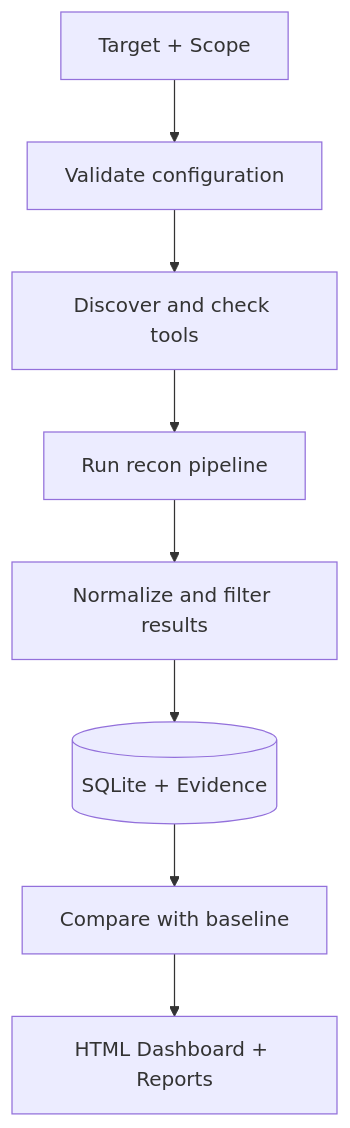
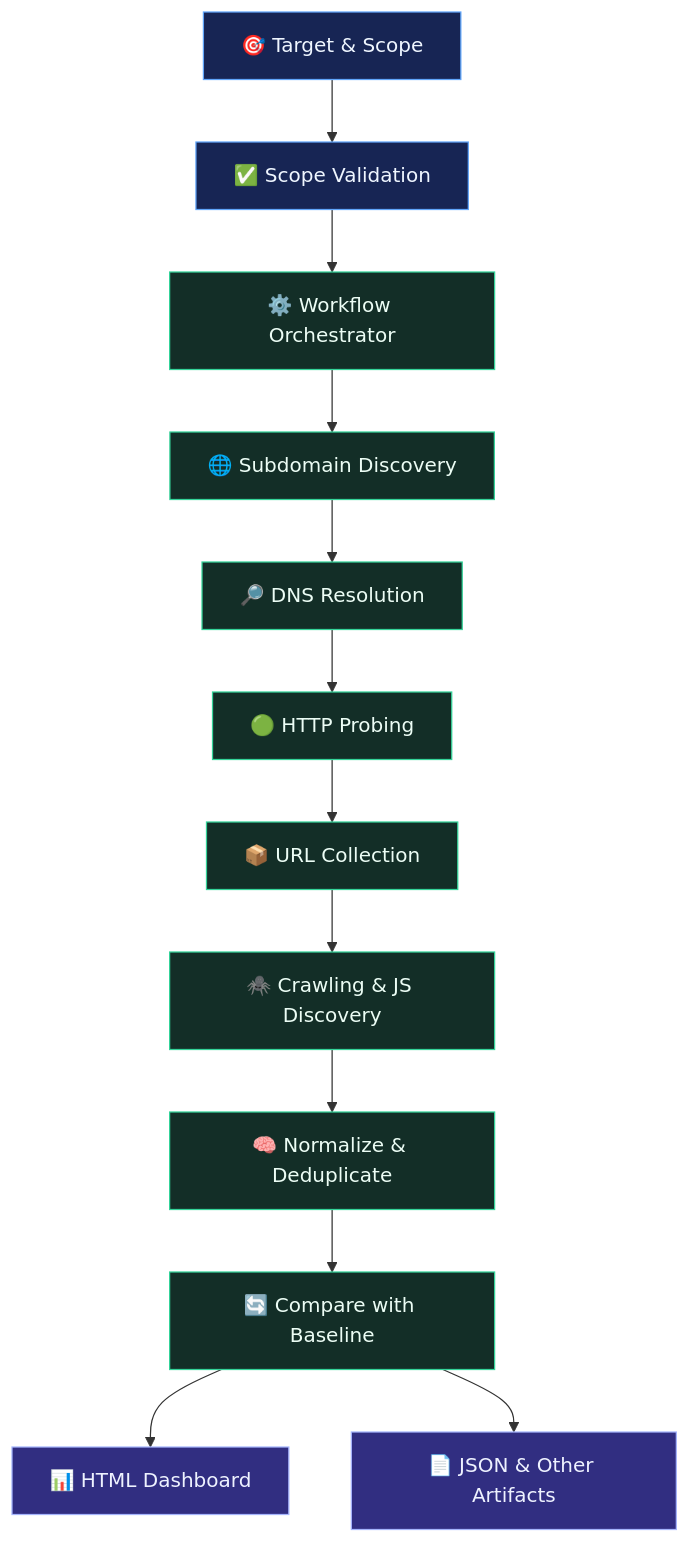
The diagram in README.md (AboudAdmin/reconflow), drawn with Mermaid before and after one commit. The commit also changed other lines of this file, not shown here.

````diff
--- a/README.md
+++ b/README.md
@@ -27,10 +30,22 @@
 ```mermaid
 flowchart TD
-    A["Target + Scope"] --> B["Validate configuration"]
-    B --> C["Discover and check tools"]
-    C --> D["Run recon pipeline"]
-    D --> E["Normalize and filter results"]
-    E --> F[("SQLite + Evidence")]
-    F --> G["Compare with baseline"]
-    G --> H["HTML Dashboard + Reports"]
+    A["🎯 Target & Scope"] --> B["✅ Scope Validation"]
+    B --> C["⚙️ Workflow Orchestrator"]
+    C --> D["🌐 Subdomain Discovery"]
+    D --> E["🔎 DNS Resolution"]
+    E --> F["🟢 HTTP Probing"]
+    F --> G["📦 URL Collection"]
+    G --> H["🕷️ Crawling & JS Discovery"]
+    H --> I["🧠 Normalize & Deduplicate"]
+    I --> J["🔄 Compare with Baseline"]
+    J --> K["📊 HTML Dashboard"]
+    J --> L["📄 JSON & Other Artifacts"]
+
+    classDef input fill:#172554,stroke:#60a5fa,color:#eff6ff
+    classDef process fill:#132e27,stroke:#34d399,color:#ecfdf5
+    classDef output fill:#312e81,stroke:#a5b4fc,color:#eef2ff
+
+    class A,B input
+    class C,D,E,F,G,H,I,J process
+    class K,L output
 ```
````
